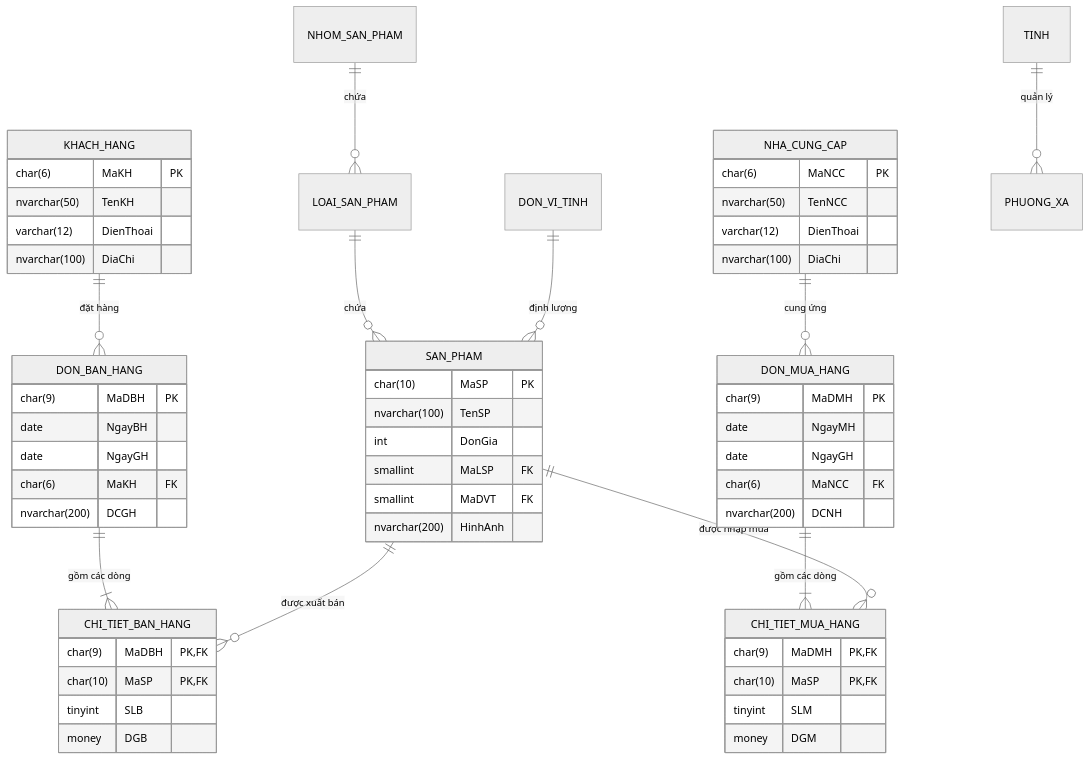
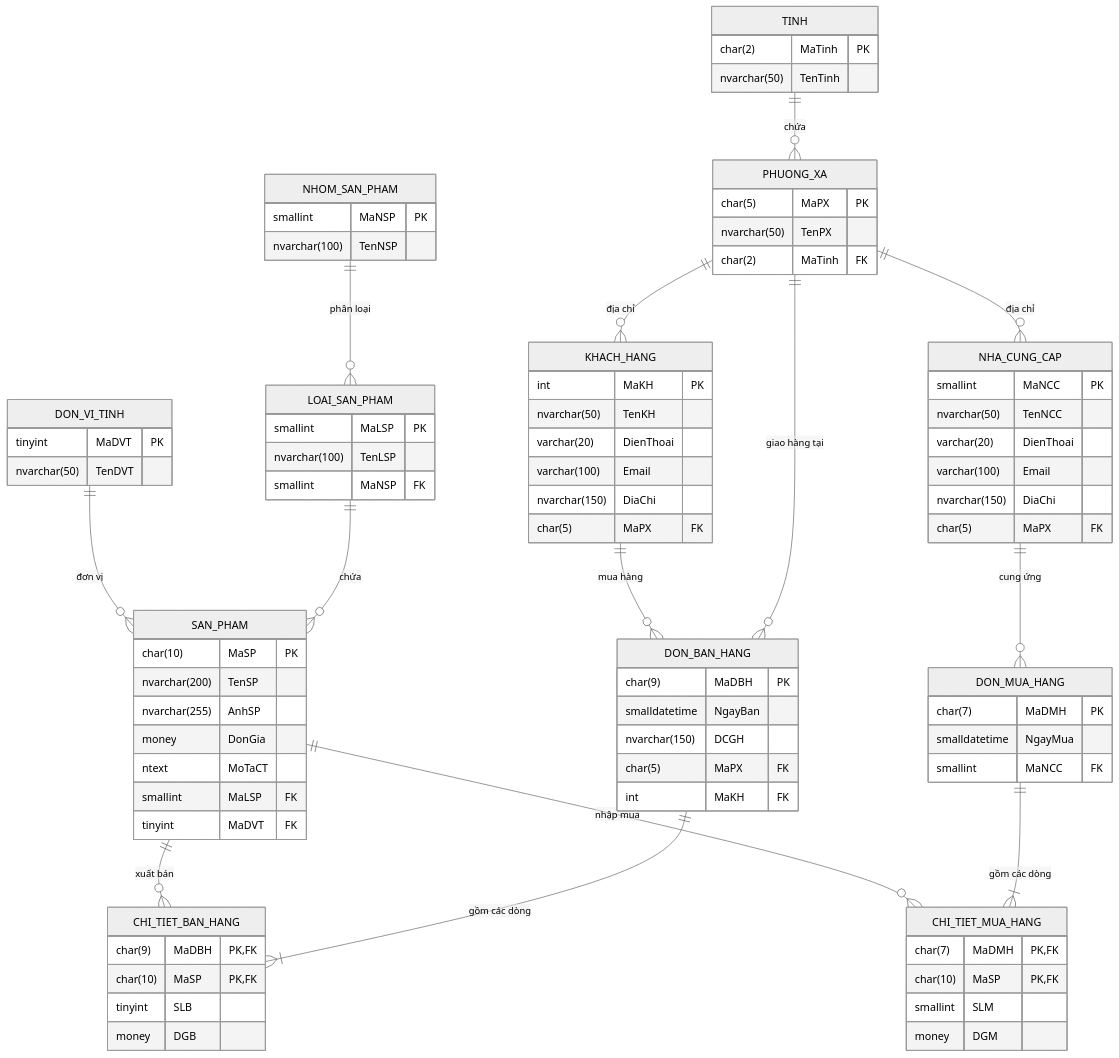
One commit to nguyenxp3n/WebQLBH changed the second of 2 diagrams in README.md. Above: the diagram before and after it, drawn with Mermaid (neutral theme). The commit also changed other lines of this file and 5 other files, not shown here.

Commit message:
docs: improve Windows setup commands, complete 12-table ERD, audit technical metrics, and refine OrderCalculator integration

````diff
--- a/README.md
+++ b/README.md
@@ -101,69 +107,91 @@
 ```mermaid
 erDiagram
-    NHOM_SAN_PHAM ||--o{ LOAI_SAN_PHAM : "chứa"
+    TINH ||--o{ PHUONG_XA : "chứa"
+    PHUONG_XA ||--o{ KHACH_HANG : "địa chỉ"
+    PHUONG_XA ||--o{ NHA_CUNG_CAP : "địa chỉ"
+    PHUONG_XA ||--o{ DON_BAN_HANG : "giao hàng tại"
+    
+    NHOM_SAN_PHAM ||--o{ LOAI_SAN_PHAM : "phân loại"
     LOAI_SAN_PHAM ||--o{ SAN_PHAM : "chứa"
-    DON_VI_TINH ||--o{ SAN_PHAM : "định lượng"
+    DON_VI_TINH ||--o{ SAN_PHAM : "đơn vị"
     
-    KHACH_HANG ||--o{ DON_BAN_HANG : "đặt hàng"
+    KHACH_HANG ||--o{ DON_BAN_HANG : "mua hàng"
     DON_BAN_HANG ||--|{ CHI_TIET_BAN_HANG : "gồm các dòng"
-    SAN_PHAM ||--o{ CHI_TIET_BAN_HANG : "được xuất bán"
+    SAN_PHAM ||--o{ CHI_TIET_BAN_HANG : "xuất bán"
 
     NHA_CUNG_CAP ||--o{ DON_MUA_HANG : "cung ứng"
     DON_MUA_HANG ||--|{ CHI_TIET_MUA_HANG : "gồm các dòng"
-    SAN_PHAM ||--o{ CHI_TIET_MUA_HANG : "được nhập mua"
+    SAN_PHAM ||--o{ CHI_TIET_MUA_HANG : "nhập mua"
 
-    TINH ||--o{ PHUONG_XA : "quản lý"
-
+    TINH {
+        char(2) MaTinh PK
+        nvarchar(50) TenTinh
+    }
+    PHUONG_XA {
+        char(5) MaPX PK
+        nvarchar(50) TenPX
+        char(2) MaTinh FK
+    }
+    KHACH_HANG {
+        int MaKH PK
+        nvarchar(50) TenKH
+        varchar(20) DienThoai
+        varchar(100) Email
+        nvarchar(150) DiaChi
+        char(5) MaPX FK
+    }
+    NHA_CUNG_CAP {
+        smallint MaNCC PK
+        nvarchar(50) TenNCC
+        varchar(20) DienThoai
+        varchar(100) Email
+        nvarchar(150) DiaChi
+        char(5) MaPX FK
+    }
+    NHOM_SAN_PHAM {
+        smallint MaNSP PK
+        nvarchar(100) TenNSP
+    }
+    LOAI_SAN_PHAM {
+        smallint MaLSP PK
+        nvarchar(100) TenLSP
+        smallint MaNSP FK
+    }
+    DON_VI_TINH {
+        tinyint MaDVT PK
+        nvarchar(50) TenDVT
+    }
     SAN_PHAM {
         char(10) MaSP PK
-        nvarchar(100) TenSP
-        int DonGia
+        nvarchar(200) TenSP
+        nvarchar(255) AnhSP
+        money DonGia
+        ntext MoTaCT
         smallint MaLSP FK
-        smallint MaDVT FK
-        nvarchar(200) HinhAnh
+        tinyint MaDVT FK
     }
-
     DON_BAN_HANG {
         char(9) MaDBH PK
-        date NgayBH
-        date NgayGH
-        char(6) MaKH FK
-        nvarchar(200) DCGH
+        smalldatetime NgayBan
+        nvarchar(150) DCGH
+        char(5) MaPX FK
+        int MaKH FK
     }
-
     CHI_TIET_BAN_HANG {
         char(9) MaDBH PK,FK
         char(10) MaSP PK,FK
         tinyint SLB
         money DGB
     }
-
     DON_MUA_HANG {
-        char(9) MaDMH PK
-        date NgayMH
-        date NgayGH
-        char(6) MaNCC FK
-        nvarchar(200) DCNH
+        char(7) MaDMH PK
+        smalldatetime NgayMua
+        smallint MaNCC FK
     }
-
     CHI_TIET_MUA_HANG {
-        char(9) MaDMH PK,FK
+        char(7) MaDMH PK,FK
         char(10) MaSP PK,FK
-        tinyint SLM
+        smallint SLM
         money DGM
     }
-
-    KHACH_HANG {
-        char(6) MaKH PK
-        nvarchar(50) TenKH
-        varchar(12) DienThoai
-        nvarchar(100) DiaChi
-    }
-
-    NHA_CUNG_CAP {
-        char(6) MaNCC PK
-        nvarchar(50) TenNCC
-        varchar(12) DienThoai
-        nvarchar(100) DiaChi
-    }
 ```
````
